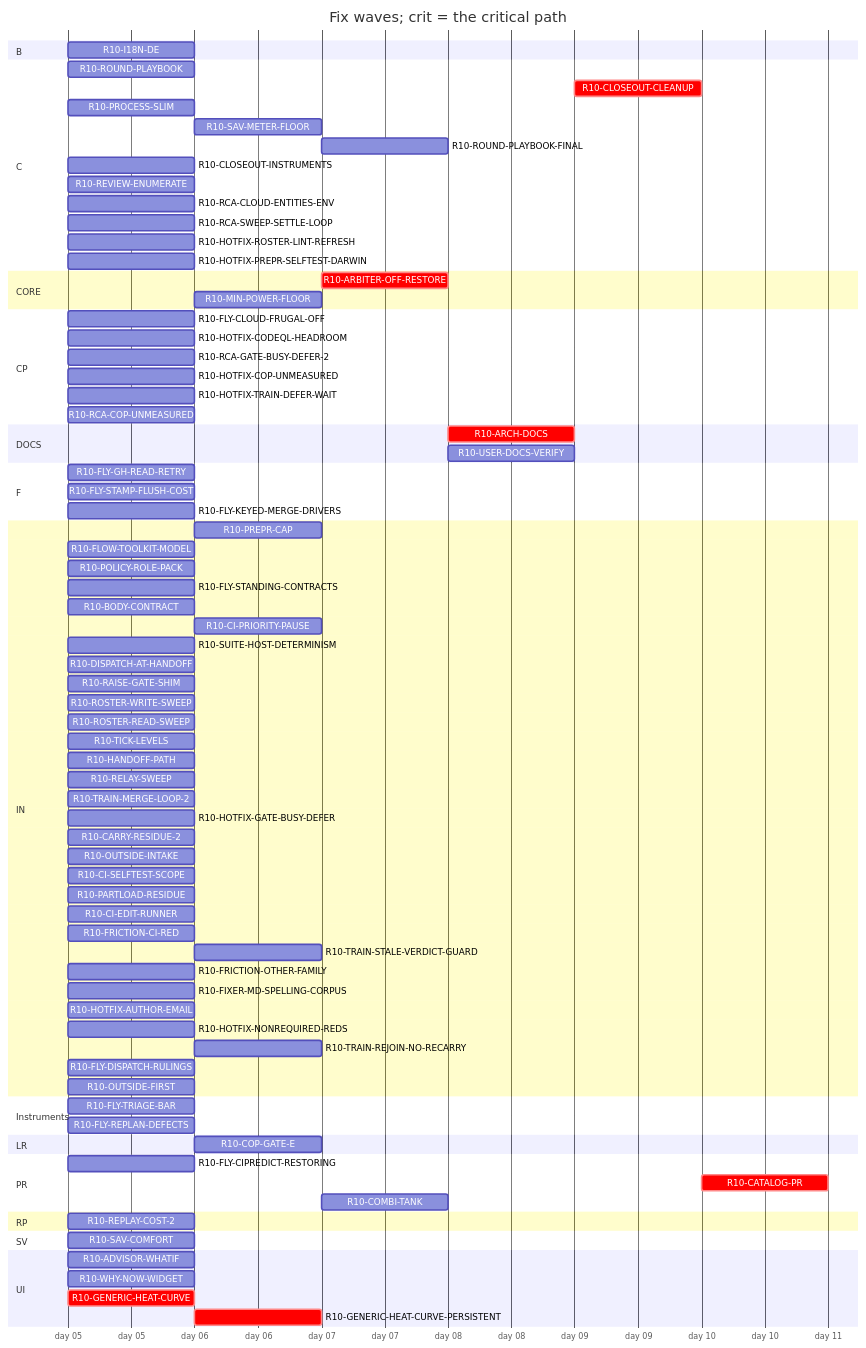
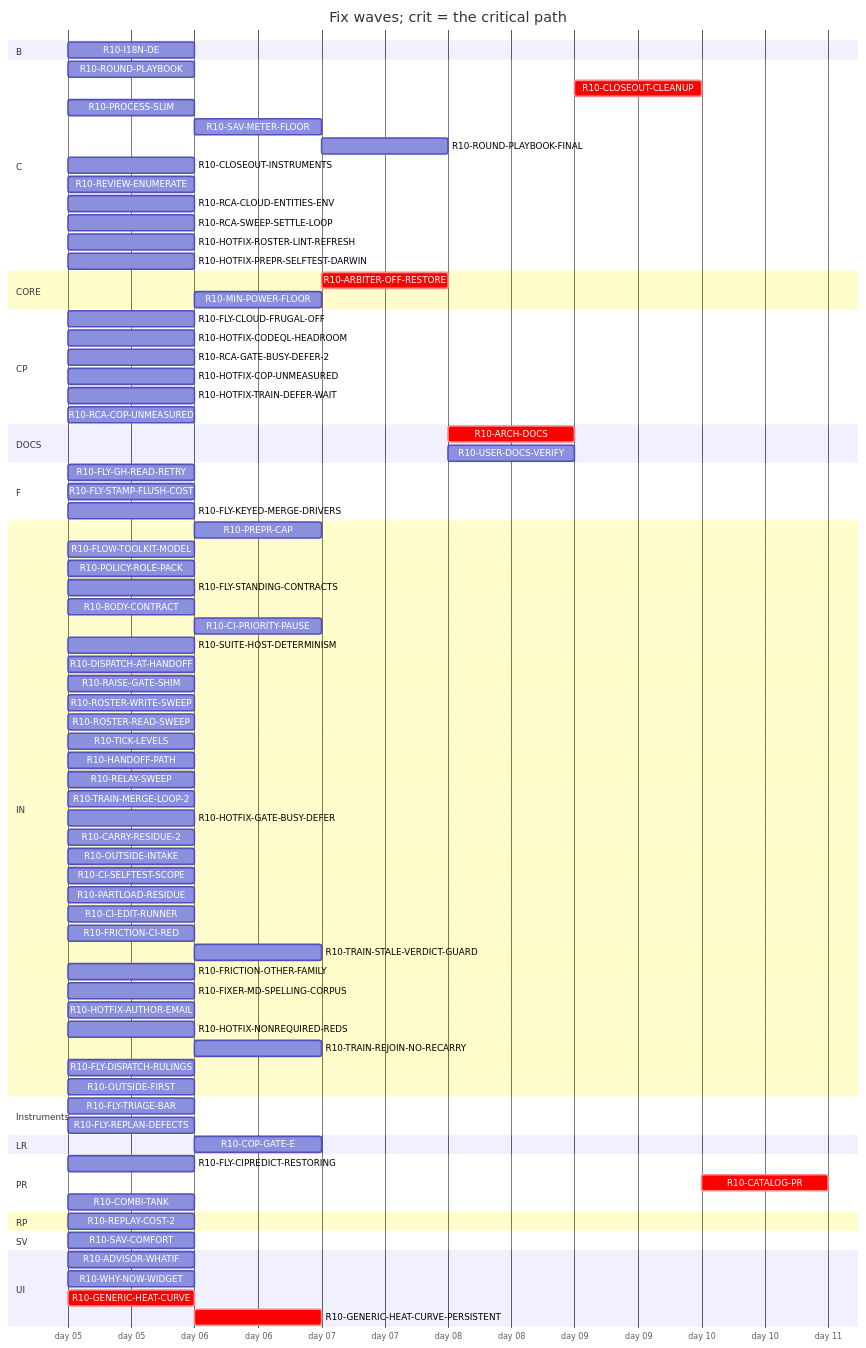
The diagram in handoff/round10/state/PLAN-TABLE.md (tvofi/heatpump_optimizer), drawn with Mermaid before and after one commit. The commit also changed other lines of this file and 3 other files, not shown here.

Commit message:
state: FLOW-BOARD.md, NEXT-SESSION-PROMPT.md, PLAN-TABLE.md, RESUME-CURRENT.md regenerated (state_docs.py)

```diff
--- a/handoff/round10/state/PLAN-TABLE.md
+++ b/handoff/round10/state/PLAN-TABLE.md
@@ -98,7 +98,7 @@
   section PR
     R10-FLY-CIPREDICT-RESTORING :r10FLYCIPREDICTRESTORING, 2026-01-05, 1d
     R10-CATALOG-PR :crit, r10CATALOGPR, after r10USERDOCSVERIFY r10ARCHDOCS r10ROUNDPLAYBOOKFINAL r10CLOSEOUTCLEANUP, 1d
-    R10-COMBI-TANK :r10COMBITANK, after r10ADVISORWHATIF r10COPGATEE r10GENERICHEATCURVEPERSISTENT, 1d
+    R10-COMBI-TANK :r10COMBITANK, 2026-01-05, 1d
   section RP
     R10-REPLAY-COST-2 :r10REPLAYCOST2, 2026-01-05, 1d
   section SV
```
